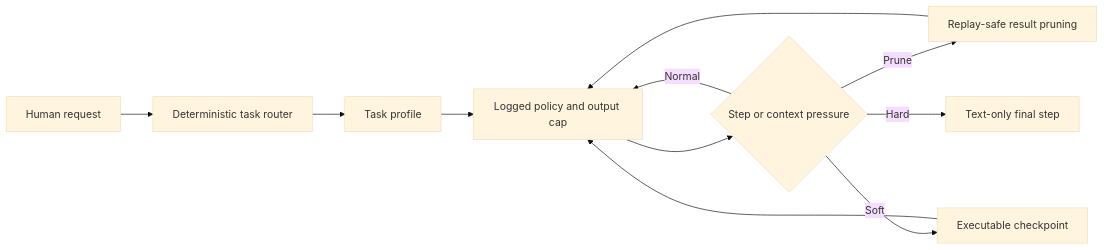
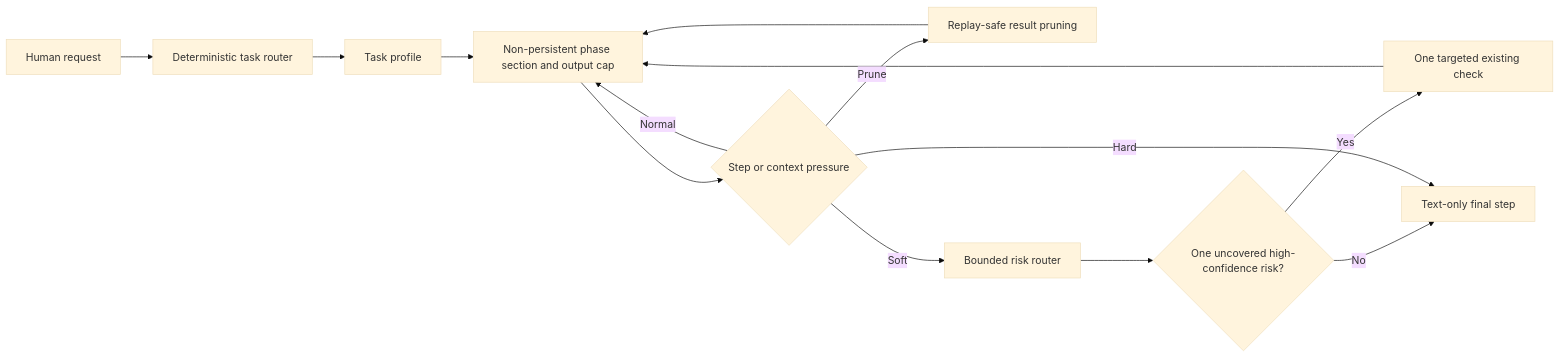
Before and after one commit to YuXuanLiang-dev/dsh-plugin-adaptive-agent-policy: the diagram in README.en.md, drawn with Mermaid (base theme). The commit also changed other lines of this file and 7 other files, not shown here.

Commit message:
feat: add bounded risk router

````diff
--- a/README.en.md
+++ b/README.en.md
@@ -44,13 +45,16 @@
 ```mermaid
 flowchart LR
   U["Human request"] --> R["Deterministic task router"]
   R --> P["Task profile"]
-  P --> L["Logged policy and output cap"]
+  P --> L["Non-persistent phase section and output cap"]
   L --> S{"Step or context pressure"}
   S -->|Normal| L
   S -->|Prune| C["Replay-safe result pruning"]
   C --> L
-  S -->|Soft| V["Executable checkpoint"]
-  V --> L
+  S -->|Soft| V["Bounded risk router"]
+  V --> Q{"One uncovered high-confidence risk?"}
+  Q -->|Yes| T["One targeted existing check"]
+  Q -->|No| F
+  T --> L
   S -->|Hard| F["Text-only final step"]
 ```
````
